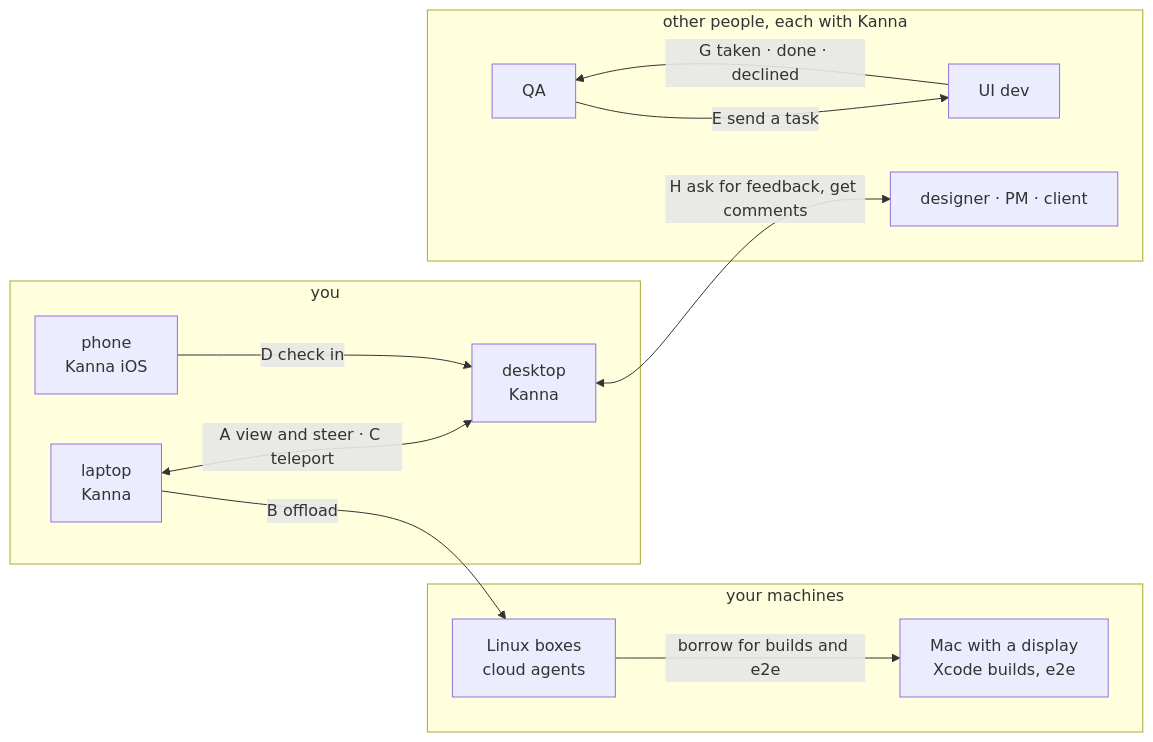
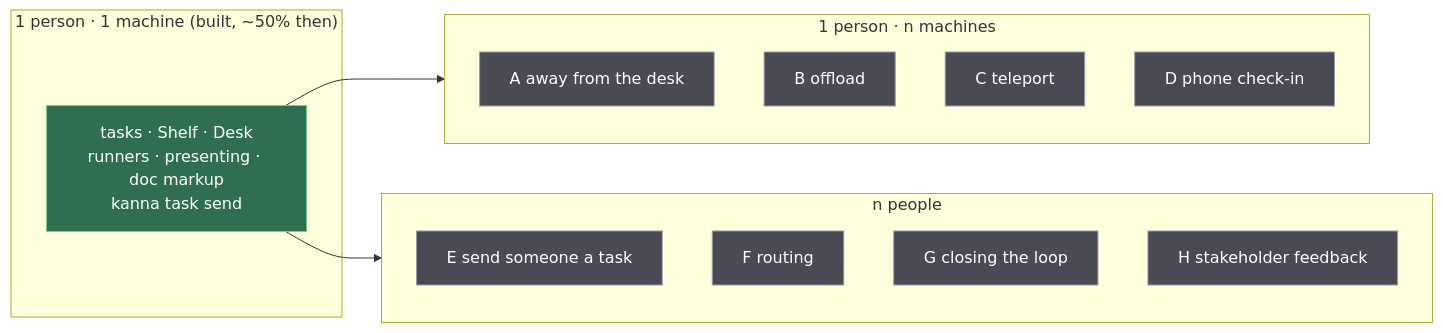
The first of 3 diagrams in docs/research/multi-machine-and-people.md (tampopogk/kanna), drawn with Mermaid before and after one commit. The commit also changed other lines of this file, not shown here.

````diff
--- a/docs/research/multi-machine-and-people.md
+++ b/docs/research/multi-machine-and-people.md
@@ -32,24 +23,24 @@
 ```mermaid
 flowchart LR
-    subgraph You["you"]
-        LAP["laptop<br/>Kanna"]
-        DESK["desktop<br/>Kanna"]
-        PHONE["phone<br/>Kanna iOS"]
+    subgraph ONE["1 person · 1 machine (built, ~50% then)"]
+        T["tasks · Shelf · Desk<br/>runners · presenting · doc markup<br/>kanna task send"]
     end
-    subgraph Fleet["your machines"]
-        LINUX["Linux boxes<br/>cloud agents"]
-        MAC["Mac with a display<br/>Xcode builds, e2e"]
+    subgraph MANY["1 person · n machines"]
+        A["A away from the desk"]
+        B["B offload"]
+        C["C teleport"]
+        D["D phone check-in"]
     end
-    subgraph Others["other people, each with Kanna"]
-        QA["QA"]
-        UIDEV["UI dev"]
-        STAKE["designer · PM · client"]
+    subgraph PEOPLE["n people"]
+        E["E send someone a task"]
+        F["F routing"]
+        G["G closing the loop"]
+        H["H stakeholder feedback"]
     end
-    LAP <-->|"A view and steer · C teleport"| DESK
-    LAP -->|"B offload"| LINUX
-    LINUX -->|"borrow for builds and e2e"| MAC
-    PHONE -->|"D check in"| DESK
-    QA -->|"E send a task"| UIDEV
-    UIDEV -->|"G taken · done · declined"| QA
-    DESK <-->|"H ask for feedback, get comments"| STAKE
+    T --> MANY
+    T --> PEOPLE
+    classDef kanna fill:#2f6f4f,stroke:#6fcf97,color:#ffffff
+    classDef plan fill:#4a4a55,stroke:#9a9aa8,color:#ffffff
+    class T kanna
+    class A,B,C,D,E,F,G,H plan
 ```
````
